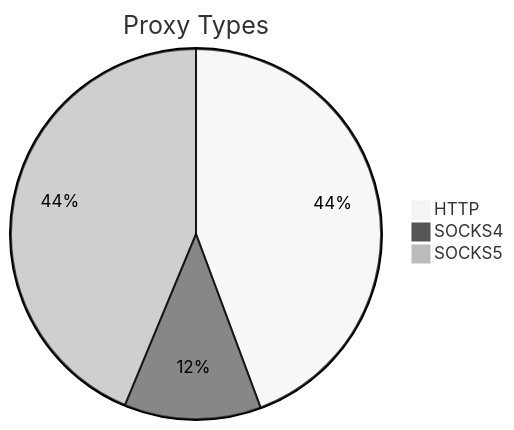
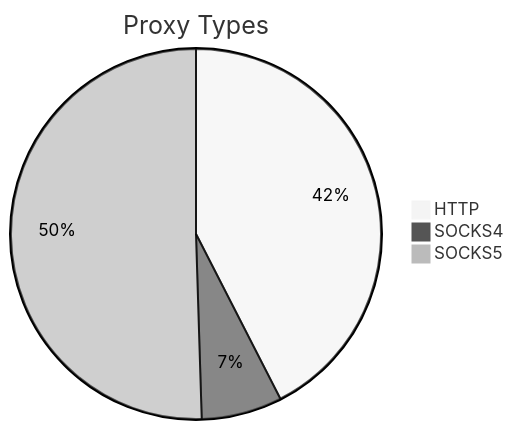
Before and after one commit to stormsia/proxy-list: the first of 2 diagrams in README.md, drawn with Mermaid (neutral theme). The commit also changed other lines of this file, not shown here.

````diff
--- a/README.md
+++ b/README.md
@@ -21,6 +21,6 @@
 ```mermaid
 pie title Proxy Types
-    "HTTP" : 297
-    "SOCKS4" : 80
-    "SOCKS5" : 293
+    "HTTP" : 344
+    "SOCKS4" : 57
+    "SOCKS5" : 409
 ```
````
